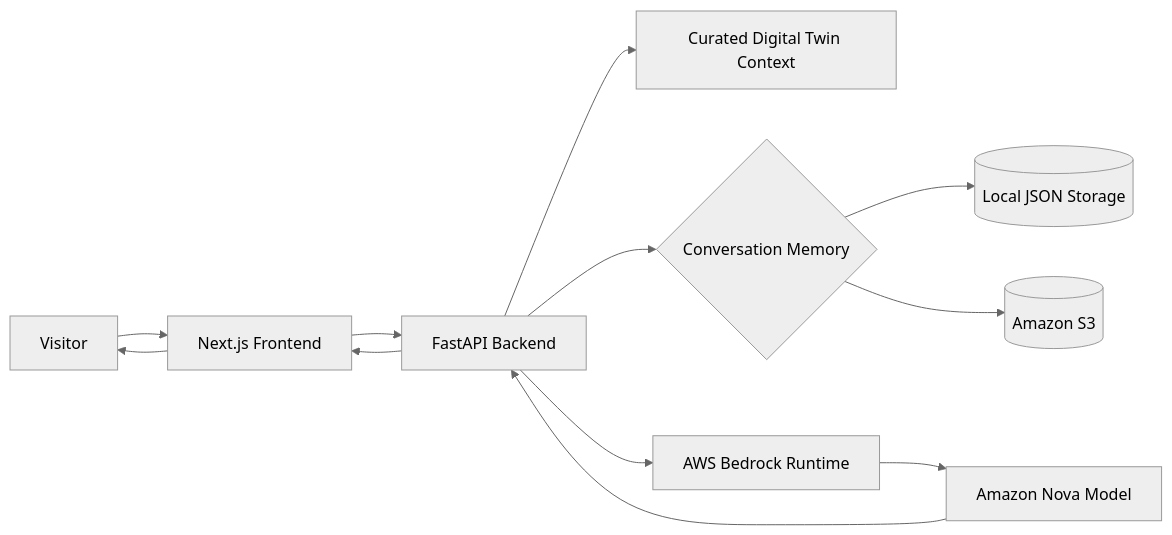
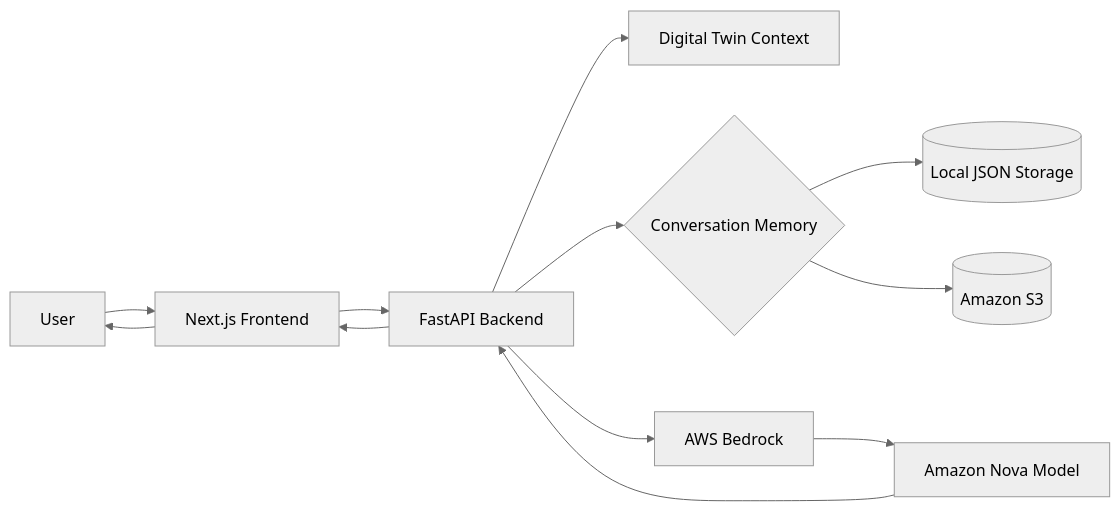
The first of 4 diagrams in README.md (bkane56/twin), drawn with Mermaid (neutral theme) before and after one commit. The commit also changed other lines of this file and 15 other files, not shown here.

````diff
--- a/README.md
+++ b/README.md
@@ -59,14 +38,14 @@
 ```mermaid
 flowchart LR
-    User[Visitor] --> UI[Next.js Frontend]
-    UI --> API[FastAPI Backend]
-    API --> Context[Curated Digital Twin Context]
+    User[User] --> Browser[Next.js Frontend]
+    Browser --> API[FastAPI Backend]
+    API --> Prompt[Digital Twin Context]
     API --> Memory{Conversation Memory}
     Memory --> Local[(Local JSON Storage)]
     Memory --> S3[(Amazon S3)]
-    API --> Bedrock[AWS Bedrock Runtime]
+    API --> Bedrock[AWS Bedrock]
     Bedrock --> Nova[Amazon Nova Model]
     Nova --> API
-    API --> UI
-    UI --> User
+    API --> Browser
+    Browser --> User
 ```
````
